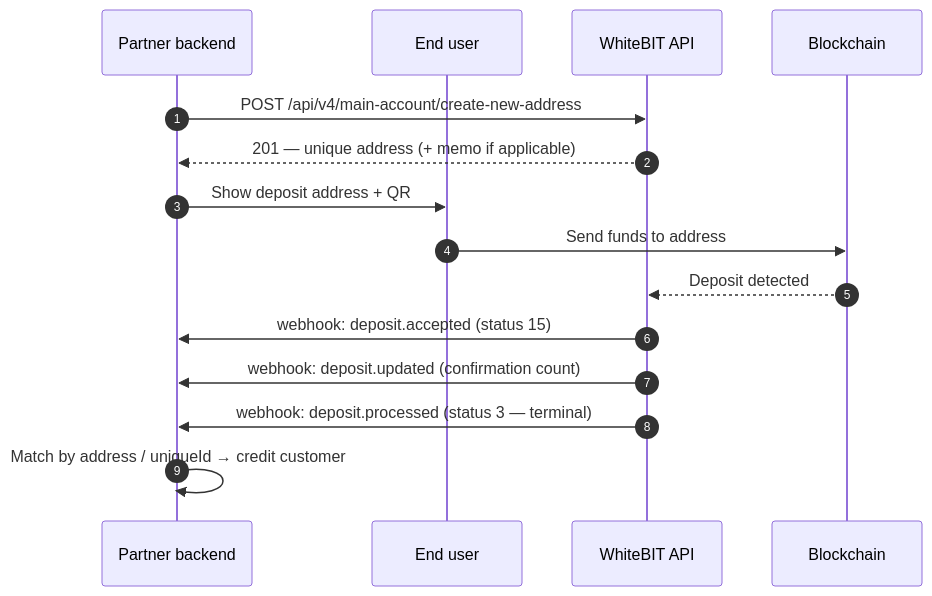
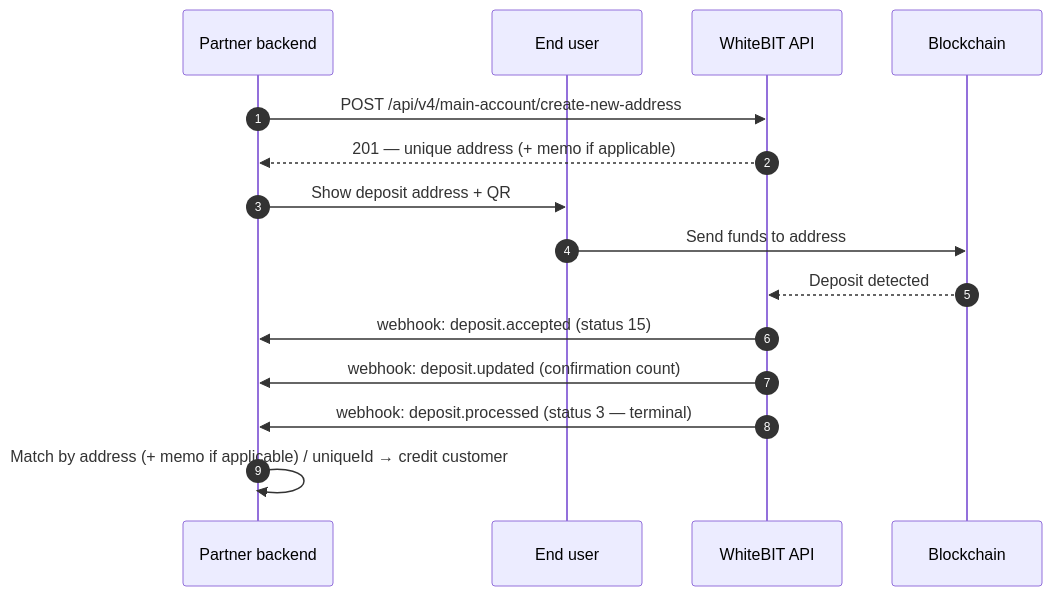
One commit to whitebit-exchange/docs changed the first of 6 diagrams in guides/payment-integration.mdx. Above: the diagram before and after it, drawn with Mermaid. The commit also changed other lines of this file and 5 other files, not shown here.

````diff
--- a/guides/payment-integration.mdx
+++ b/guides/payment-integration.mdx
@@ -36,18 +36,18 @@
 ```mermaid
 sequenceDiagram
     autonumber
     participant P as Partner backend
     participant U as End user
     participant W as WhiteBIT API
     participant B as Blockchain
 
     P->>W: POST /api/v4/main-account/create-new-address
     W-->>P: 201 — unique address (+ memo if applicable)
     P->>U: Show deposit address + QR
     U->>B: Send funds to address
     B-->>W: Deposit detected
     W->>P: webhook: deposit.accepted (status 15)
     W->>P: webhook: deposit.updated (confirmation count)
     W->>P: webhook: deposit.processed (status 3 — terminal)
-    P->>P: Match by address / uniqueId → credit customer
+    P->>P: Match by address (+ memo if applicable) / uniqueId → credit customer
 ```
````
